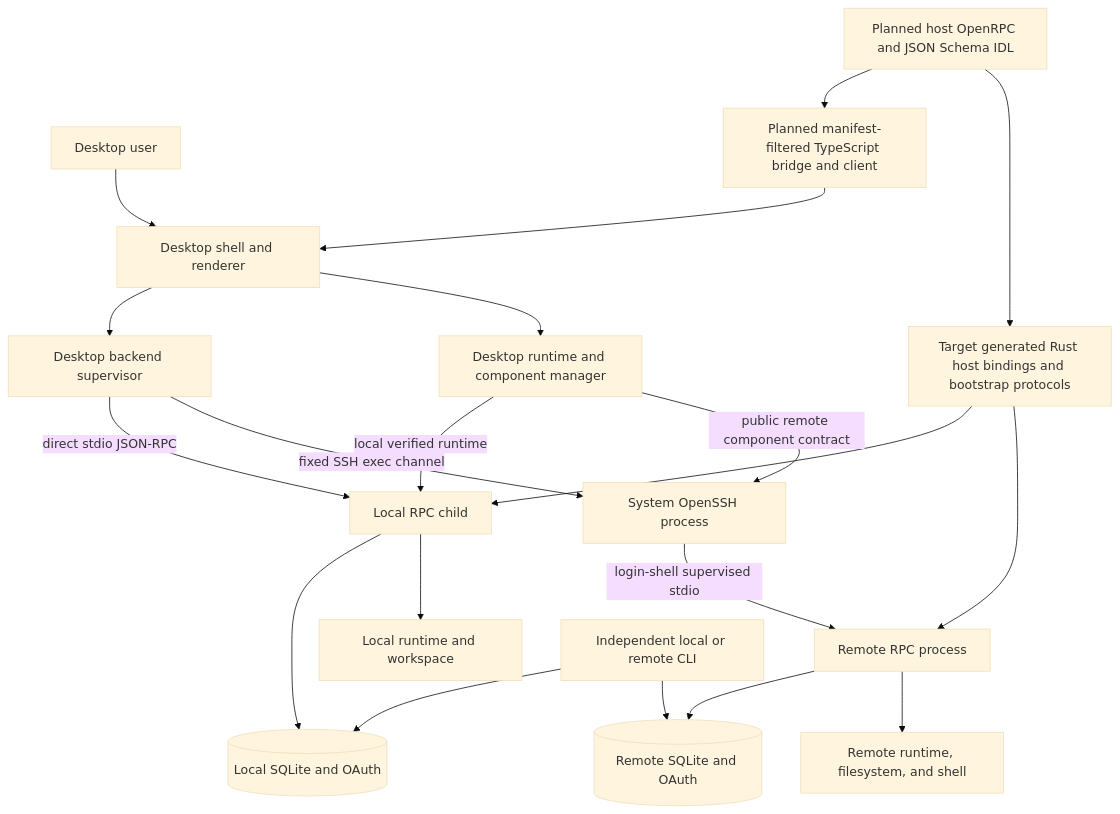
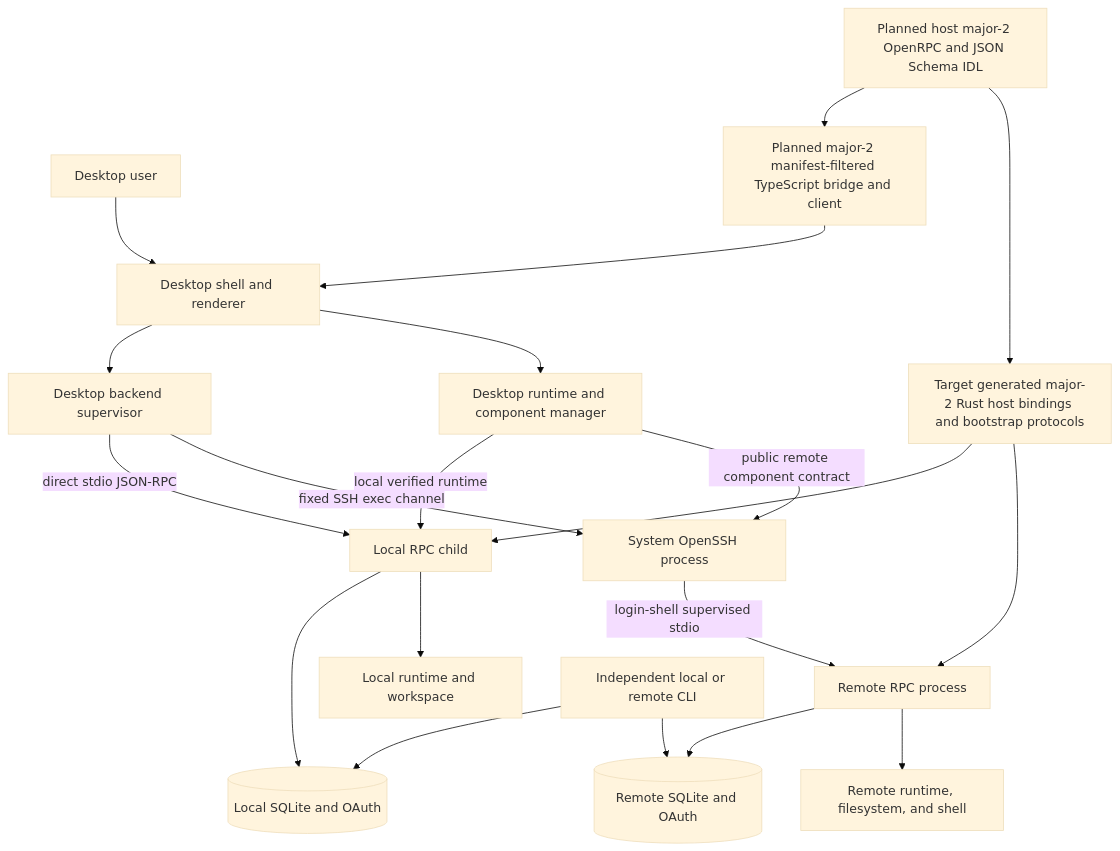
One commit to Wh1isper/starweaver changed the diagram in spec/desktop/README.md. Above: the diagram before and after it, drawn with Mermaid (base theme). The commit also changed other lines of this file and 13 other files, not shown here.

First line of the commit message:
docs: finalize IDL-first host protocol plan

````diff
--- a/spec/desktop/README.md
+++ b/spec/desktop/README.md
@@ -63,38 +63,38 @@
 ```mermaid
 flowchart TD
     user[Desktop user]
     shell[Desktop shell and renderer]
     supervisor[Desktop backend supervisor]
     updater[Desktop runtime and component manager]
     local_rpc[Local RPC child]
     ssh[System OpenSSH process]
     remote_rpc[Remote RPC process]
-    host_idl[Planned host OpenRPC and JSON Schema IDL]
-    ts_client[Planned manifest-filtered TypeScript bridge and client]
-    rpc_core[Target generated Rust host bindings and bootstrap protocols]
+    host_idl[Planned host major-2 OpenRPC and JSON Schema IDL]
+    ts_client[Planned major-2 manifest-filtered TypeScript bridge and client]
+    rpc_core[Target generated major-2 Rust host bindings and bootstrap protocols]
     local_store[(Local SQLite and OAuth)]
     remote_store[(Remote SQLite and OAuth)]
     local_runtime[Local runtime and workspace]
     remote_runtime[Remote runtime, filesystem, and shell]
     cli[Independent local or remote CLI]
 
     user --> shell
     host_idl --> ts_client
     host_idl --> rpc_core
     ts_client --> shell
     shell --> supervisor
     shell --> updater
     supervisor -->|direct stdio JSON-RPC| local_rpc
     supervisor -->|fixed SSH exec channel| ssh
     ssh -->|login-shell supervised stdio| remote_rpc
     updater -->|local verified runtime| local_rpc
     updater -->|public remote component contract| ssh
     rpc_core --> local_rpc
     rpc_core --> remote_rpc
     local_rpc --> local_store
     local_rpc --> local_runtime
     remote_rpc --> remote_store
     remote_rpc --> remote_runtime
     cli --> local_store
     cli --> remote_store
 ```
````
